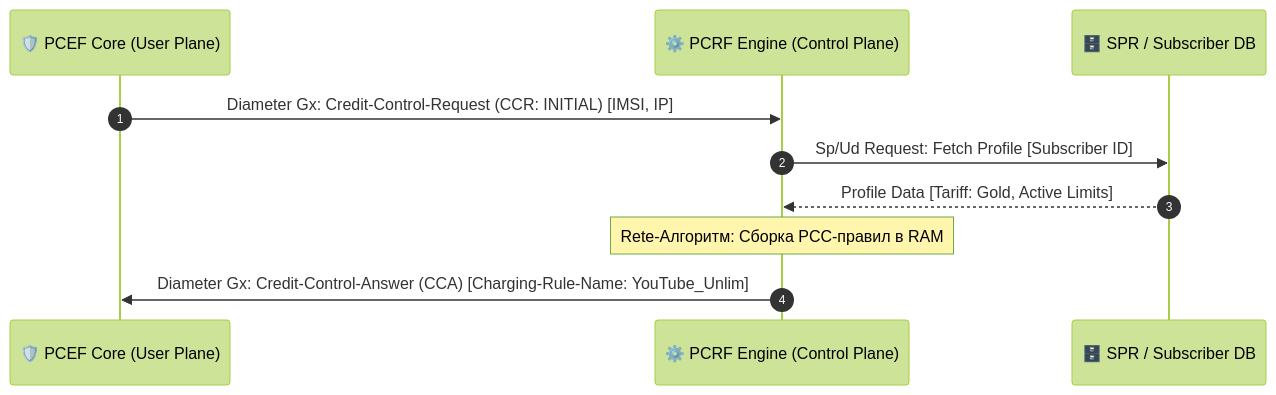
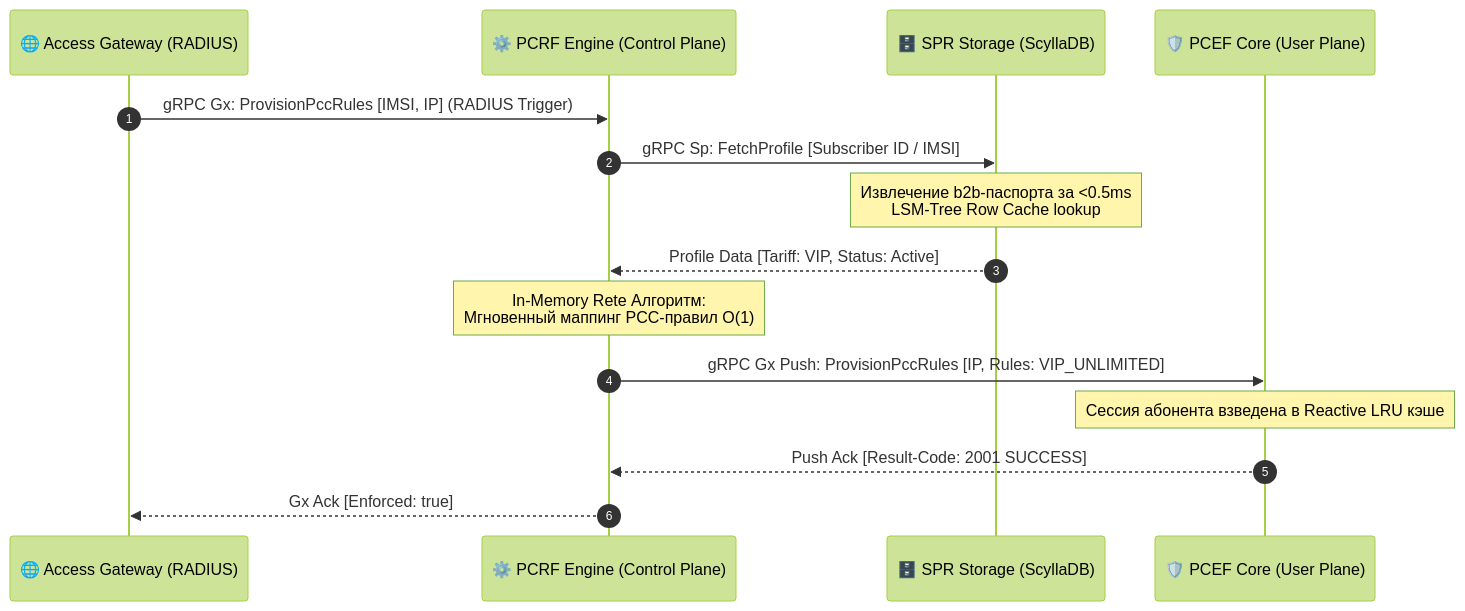
Before and after one commit to system-highload-architect/pcef-shaper-system: the diagram in docs/specification/pcrf-specification.md, drawn with Mermaid (forest theme). The commit also changed other lines of this file and 3 other files, not shown here.

Commit message:
docs: finalized enterprise specifications with low-level mechanics and 3GPP PCC sequence diagrams

````diff
--- a/docs/specification/pcrf-specification.md
+++ b/docs/specification/pcrf-specification.md
@@ -11,13 +11,20 @@
 ```mermaid
 sequenceDiagram
     autonumber
-    participant PCEF as 🛡️ PCEF Core (User Plane)
+    participant GW as 🌐 Access Gateway (RADIUS)
     participant PCRF as ⚙️ PCRF Engine (Control Plane)
-    participant SPR as 🗄️ SPR / Subscriber DB
+    participant SPR as 🗄️ SPR Storage (ScyllaDB)
+    participant Core as 🛡️ PCEF Core (User Plane)
 
-    PCEF->>PCRF: Diameter Gx: Credit-Control-Request (CCR: INITIAL) [IMSI, IP]
-    PCRF->>SPR: Sp/Ud Request: Fetch Profile [Subscriber ID]
-    SPR-->>PCRF: Profile Data [Tariff: Gold, Active Limits]
-    Note over PCRF: Rete-Алгоритм: Сборка PCC-правил в RAM
-    PCRF->>PCEF: Diameter Gx: Credit-Control-Answer (CCA) [Charging-Rule-Name: YouTube_Unlim]
+    GW->>PCRF: gRPC Gx: ProvisionPccRules [IMSI, IP] (RADIUS Trigger)
+    PCRF->>SPR: gRPC Sp: FetchProfile [Subscriber ID / IMSI]
+    Note over SPR: Извлечение b2b-паспорта за <0.5ms<br/>LSM-Tree Row Cache lookup
+    SPR-->>PCRF: Profile Data [Tariff: VIP, Status: Active]
+    
+    Note over PCRF: In-Memory Rete Алгоритм:<br/>Мгновенный маппинг PCC-правил O(1)
+    
+    PCRF->>Core: gRPC Gx Push: ProvisionPccRules [IP, Rules: VIP_UNLIMITED]
+    Note over Core: Сессия абонента взведена в Reactive LRU кэше
+    Core-->>PCRF: Push Ack [Result-Code: 2001 SUCCESS]
+    PCRF-->>GW: Gx Ack [Enforced: true]
 ```
````
